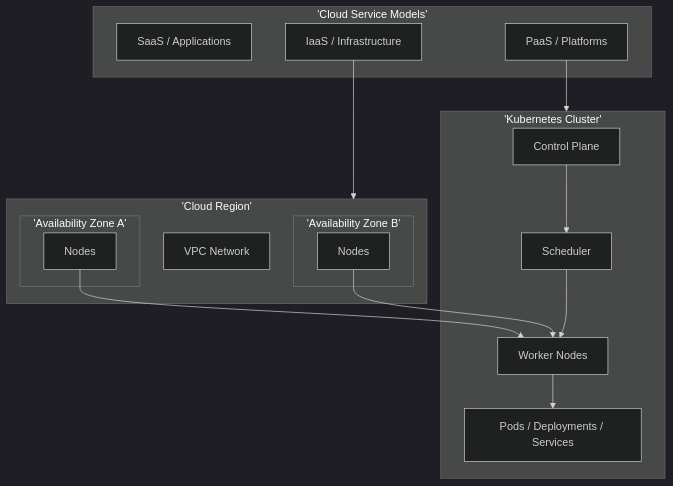
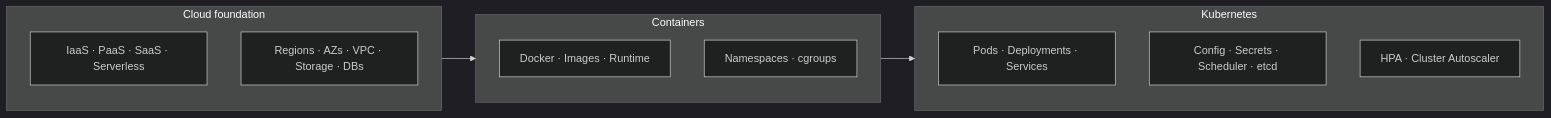
Before and after one commit to hareramcse/SystemDesign: the first of 24 diagrams in 11-cloud-and-kubernetes/README.md, drawn with Mermaid (dark theme). The commit also changed other lines of this file, not shown here.

````diff
--- a/11-cloud-and-kubernetes/README.md
+++ b/11-cloud-and-kubernetes/README.md
@@ -63,30 +13,17 @@
 ```mermaid
-flowchart TB
-    subgraph Models['Cloud Service Models']
-        SaaS[SaaS / Applications]
-        PaaS[PaaS / Platforms]
-        IaaS[IaaS / Infrastructure]
+flowchart LR
+    subgraph Cloud[Cloud foundation]
+        Models[IaaS · PaaS · SaaS · Serverless]
+        Infra[Regions · AZs · VPC · Storage · DBs]
     end
-
-    subgraph Region['Cloud Region']
-        subgraph AZ1['Availability Zone A']
-            N1[Nodes]
-        end
-        subgraph AZ2['Availability Zone B']
-            N2[Nodes]
-        end
-        VPC[VPC Network]
+    subgraph Containers[Containers]
+        Docker[Docker · Images · Runtime]
+        Linux[Namespaces · cgroups]
     end
-
-    subgraph K8s['Kubernetes Cluster']
-        CP[Control Plane]
-        SCH[Scheduler]
-        W1[Worker Nodes]
-        W1 --> Pods[Pods / Deployments / Services]
+    subgraph K8s[Kubernetes]
+        Workloads[Pods · Deployments · Services]
+        Ops[Config · Secrets · Scheduler · etcd]
+        Scale[HPA · Cluster Autoscaler]
     end
-
-    IaaS --> Region
-    PaaS --> K8s
-    N1 & N2 --> W1
-    CP --> SCH --> W1
+    Cloud --> Containers --> K8s
 ```
````
